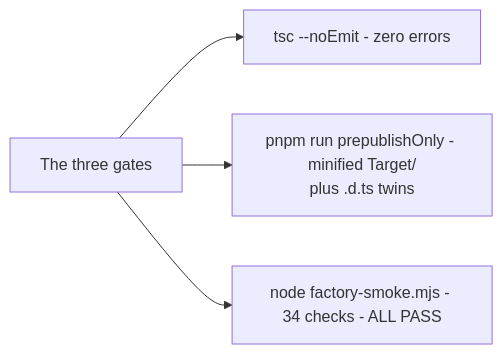
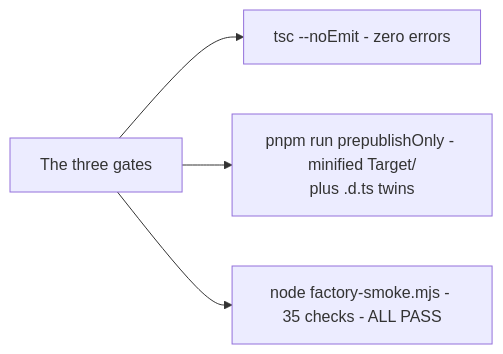
One commit to PlayForm/Site-DeepSeek changed the diagram in Source/Content/Mermaid/factory-verification.mmd. Above: the diagram before and after it, drawn with Mermaid. The commit also changed 52 other files, not shown here.

```diff
--- a/Source/Content/Mermaid/factory-verification.mmd
+++ b/Source/Content/Mermaid/factory-verification.mmd
@@ -1,8 +1,8 @@
 flowchart LR
 	VERIFY["The three gates"]
 	TS["tsc --noEmit - zero errors"]
 	PRE["pnpm run prepublishOnly - minified Target/<br/>plus .d.ts twins"]
-	SMOKE["node factory-smoke.mjs - 34 checks - ALL PASS"]
+	SMOKE["node factory-smoke.mjs - 35 checks - ALL PASS"]
 	VERIFY --> TS
 	VERIFY --> PRE
 	VERIFY --> SMOKE
```
